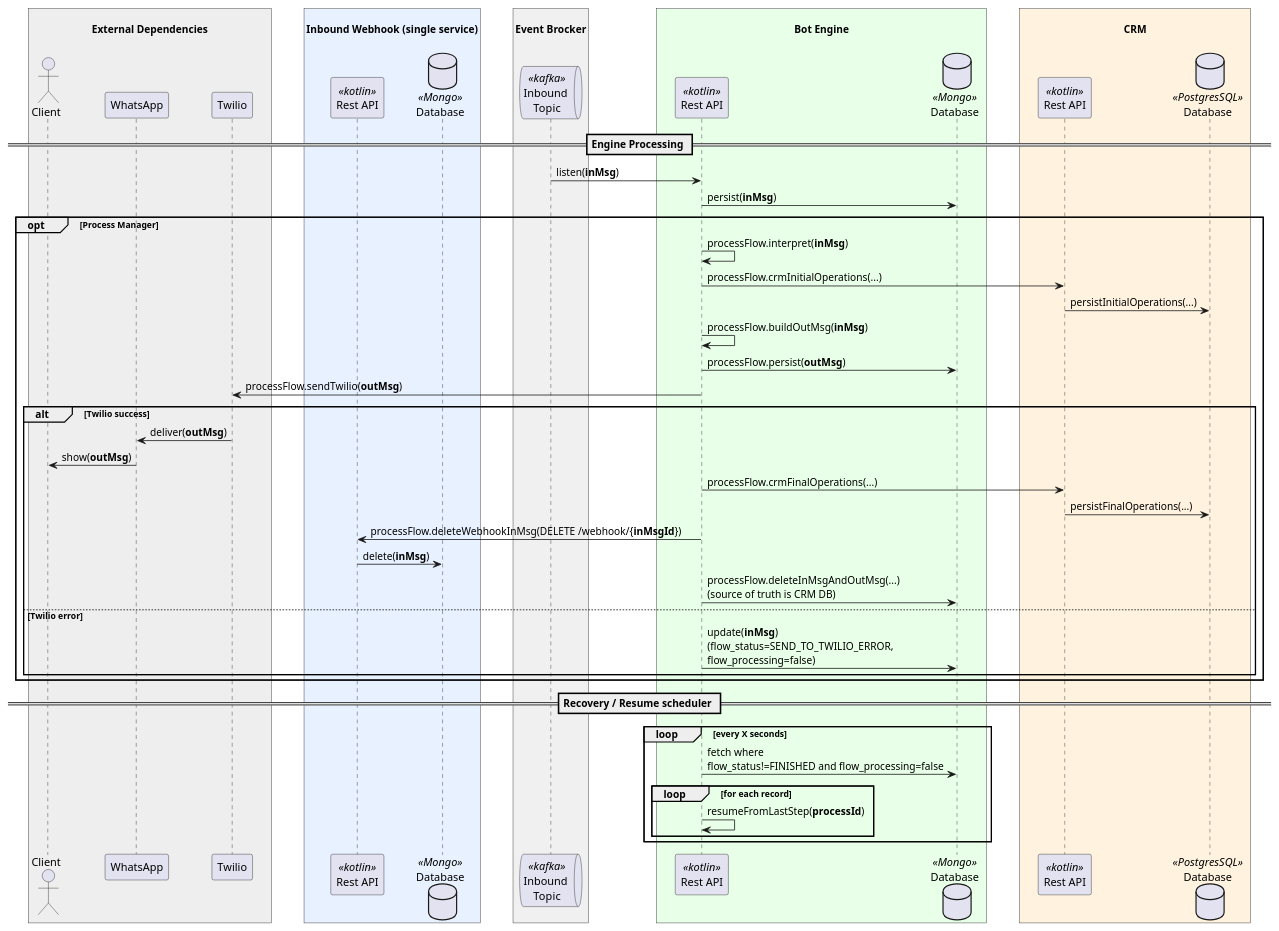
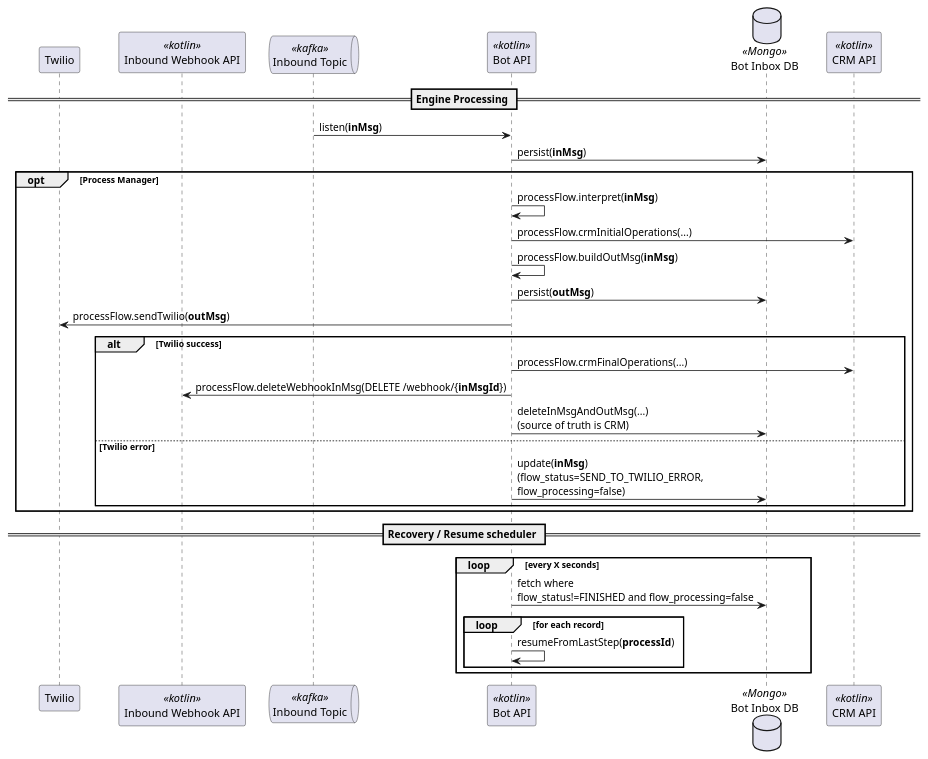
Before and after one commit to luizlab1/crm: the second of 2 diagrams in README.md, drawn with PlantUML. The commit also changed other lines of this file, not shown here.

````diff
--- a/README.md
+++ b/README.md
@@ -117,73 +117,43 @@
 ```plantuml
 @startuml
 skinparam BoxPadding 20
 skinparam ParticipantPadding 20
 
-box "\nExternal Dependencies\n" #EEEEEE
-  actor Client as client
-  participant "WhatsApp" as whatsapp
-  participant "Twilio" as twilio
-end box
-
-box "\nInbound Webhook (single service)\n" #E8F1FF
-  participant "Rest API" as webhookApi <<kotlin>>
-  database "Database" as webhookInboxDb <<Mongo>>
-end box
-
-box "\nEvent Brocker\n" #F0F0F0
-  queue "Inbound \nTopic" as inboundTopic <<kafka>>
-end box
-
-box "\nBot Engine\n" #E8FFE8
-  participant "Rest API" as botApi <<kotlin>>
-  database "Database" as botInboxDb <<Mongo>>
-end box
-
-box "\nCRM\n" #FFF3E0
-  participant "Rest API" as crmApi <<kotlin>>
-  database "Database" as crmDb <<PostgresSQL>>
-end box
+participant "Twilio" as twilio
+participant "Inbound Webhook API" as webhookApi <<kotlin>>
+queue "Inbound Topic" as inboundTopic <<kafka>>
+participant "Bot API" as botApi <<kotlin>>
+database "Bot Inbox DB" as botInboxDb <<Mongo>>
+participant "CRM API" as crmApi <<kotlin>>
 
 == Engine Processing ==
 botApi <- inboundTopic : listen(<b>inMsg</b>)
 botApi -> botInboxDb : persist(<b>inMsg</b>)
 
 opt Process Manager
-
   botApi -> botApi : processFlow.interpret(<b>inMsg</b>)
   botApi -> crmApi : processFlow.crmInitialOperations(...)
-  crmApi -> crmDb : persistInitialOperations(...)
-  
-    botApi -> botApi : processFlow.buildOutMsg(<b>inMsg</b>)
-    botApi -> botInboxDb : processFlow.persist(<b>outMsg</b>)
 
-    botApi -> twilio : processFlow.sendTwilio(<b>outMsg</b>)
-    alt Twilio success
-      twilio -> whatsapp : deliver(<b>outMsg</b>)
-      whatsapp -> client : show(<b>outMsg</b>)
-      botApi -> crmApi : processFlow.crmFinalOperations(...)
-  
-  
-        crmApi -> crmDb : persistFinalOperations(...)
-        botApi -> webhookApi : processFlow.deleteWebhookInMsg(DELETE /webhook/{<b>inMsgId</b>})
-        webhookApi -> webhookInboxDb : delete(<b>inMsg</b>)
-        botApi -> botInboxDb : processFlow.deleteInMsgAndOutMsg(...)\n(source of truth is CRM DB)
-   
+  botApi -> botApi : processFlow.buildOutMsg(<b>inMsg</b>)
+  botApi -> botInboxDb : persist(<b>outMsg</b>)
 
-    else Twilio error
-      botApi -> botInboxDb : update(<b>inMsg</b>)\n(flow_status=SEND_TO_TWILIO_ERROR,\nflow_processing=false)
-    end
-
+  botApi -> twilio : processFlow.sendTwilio(<b>outMsg</b>)
+  alt Twilio success
+    botApi -> crmApi : processFlow.crmFinalOperations(...)
+    botApi -> webhookApi : processFlow.deleteWebhookInMsg(DELETE /webhook/{<b>inMsgId</b>})
+    botApi -> botInboxDb : deleteInMsgAndOutMsg(...)\n(source of truth is CRM)
+  else Twilio error
+    botApi -> botInboxDb : update(<b>inMsg</b>)\n(flow_status=SEND_TO_TWILIO_ERROR,\nflow_processing=false)
+  end
 end
 
 == Recovery / Resume scheduler ==
 loop every X seconds
   botApi -> botInboxDb : fetch where\nflow_status!=FINISHED and flow_processing=false
   loop for each record
     botApi -> botApi : resumeFromLastStep(<b>processId</b>)
   end
 end
 
 @enduml
-
 ```
````
